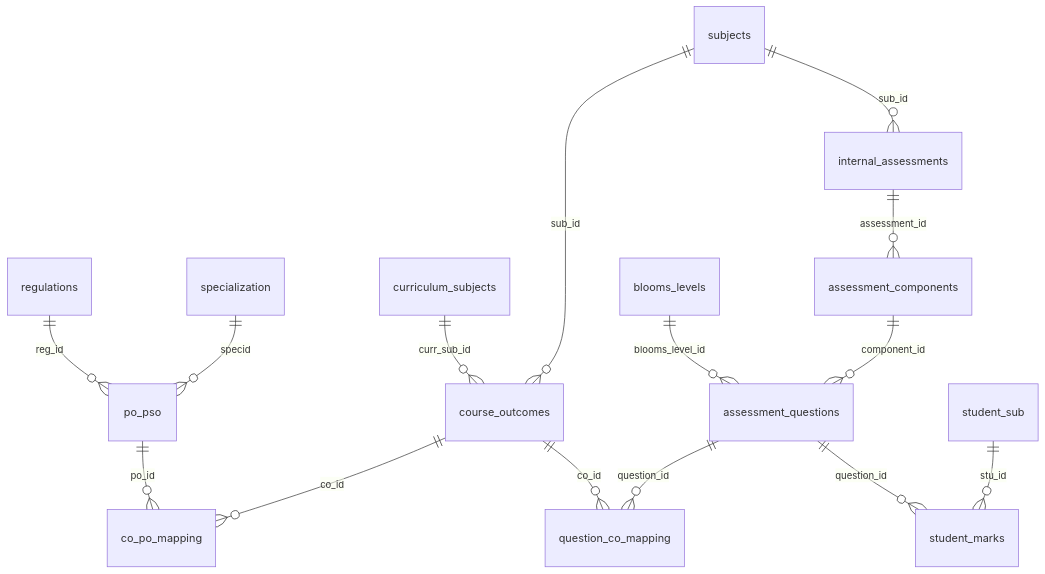
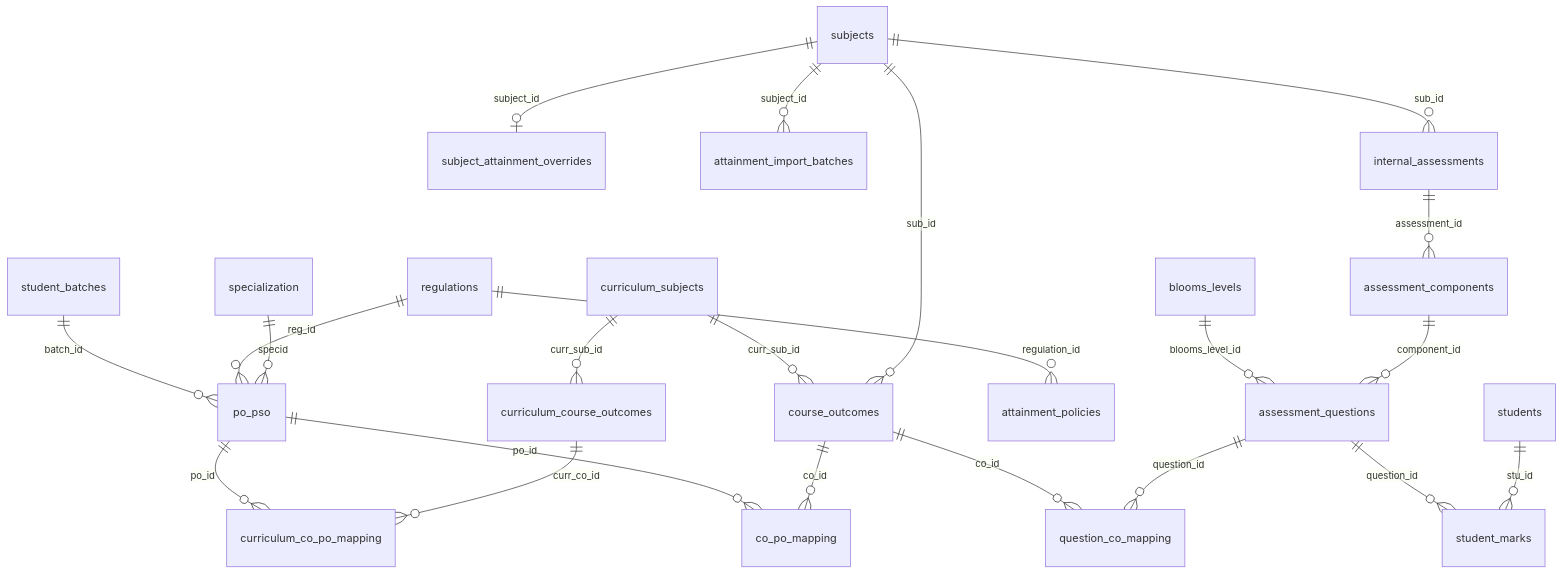
One commit to katamanilprojects/sarb changed the fifth of 12 diagrams in docs/database/relationships.md. Above: the diagram before and after it, drawn with Mermaid. The commit also changed other lines of this file and 125 other files, not shown here.

````diff
--- a/docs/database/relationships.md
+++ b/docs/database/relationships.md
@@ -177,21 +180,29 @@
 ```mermaid
 erDiagram
     subjects ||--o{ course_outcomes : "sub_id"
     curriculum_subjects ||--o{ course_outcomes : "curr_sub_id"
+    curriculum_subjects ||--o{ curriculum_course_outcomes : "curr_sub_id"
+    curriculum_course_outcomes ||--o{ curriculum_co_po_mapping : "curr_co_id"
+    po_pso ||--o{ curriculum_co_po_mapping : "po_id"
     specialization ||--o{ po_pso : "specid"
     regulations ||--o{ po_pso : "reg_id"
+    student_batches ||--o{ po_pso : "batch_id"
 
     course_outcomes ||--o{ co_po_mapping : "co_id"
     po_pso ||--o{ co_po_mapping : "po_id"
+
+    regulations ||--o{ attainment_policies : "regulation_id"
+    subjects ||--o| subject_attainment_overrides : "subject_id"
+    subjects ||--o{ attainment_import_batches : "subject_id"
 
     subjects ||--o{ internal_assessments : "sub_id"
     internal_assessments ||--o{ assessment_components : "assessment_id"
     assessment_components ||--o{ assessment_questions : "component_id"
     blooms_levels ||--o{ assessment_questions : "blooms_level_id"
 
     assessment_questions ||--o{ question_co_mapping : "question_id"
     course_outcomes ||--o{ question_co_mapping : "co_id"
 
-    student_sub ||--o{ student_marks : "stu_id"
+    students ||--o{ student_marks : "stu_id"
     assessment_questions ||--o{ student_marks : "question_id"
 ```
````
